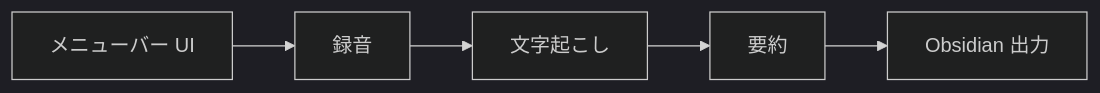
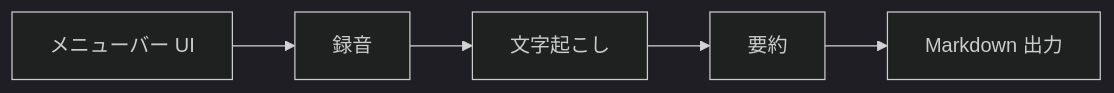
Before and after one commit to mizunomi32/hisoka: the diagram in docs/design.md, drawn with Mermaid (dark theme). The commit also changed other lines of this file and 4 other files, not shown here.

````diff
--- a/docs/design.md
+++ b/docs/design.md
@@ -37,7 +37,7 @@
 ```mermaid
 flowchart LR
     UI[メニューバー UI] --> REC[録音]
     REC --> ASR[文字起こし]
     ASR --> SUM[要約]
-    SUM --> OBS[Obsidian 出力]
+    SUM --> OUT[Markdown 出力]
 ```
````
